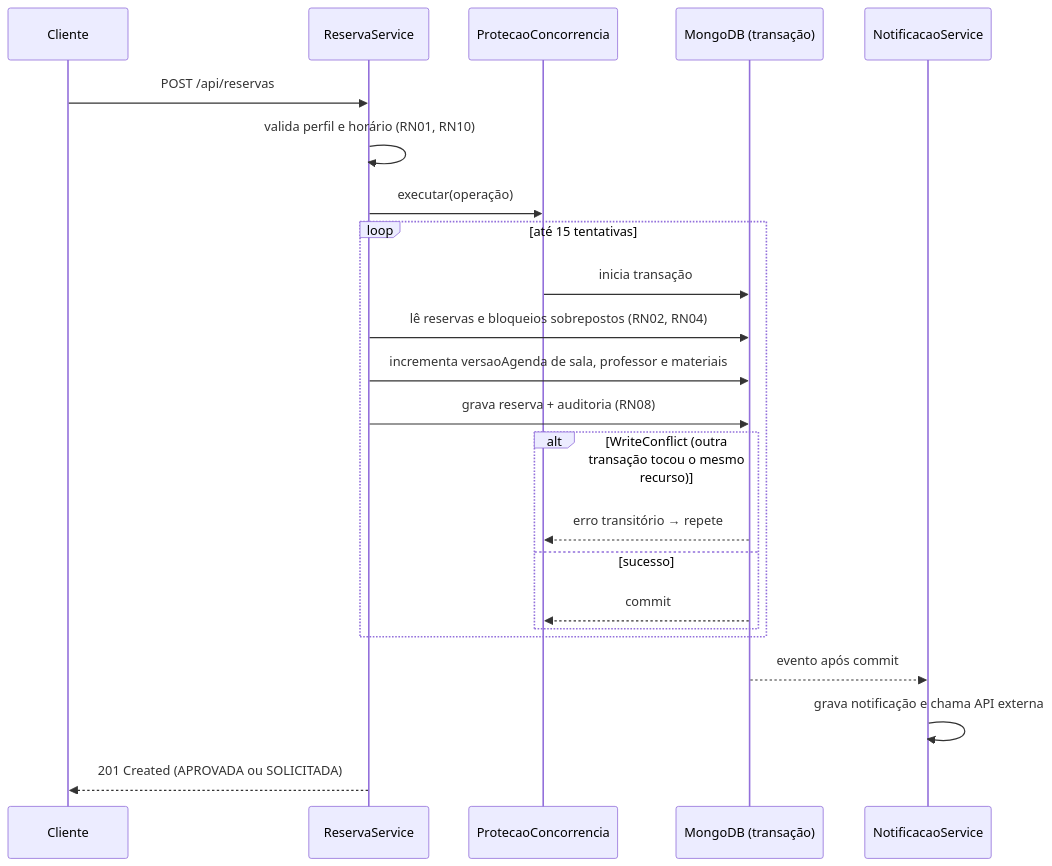
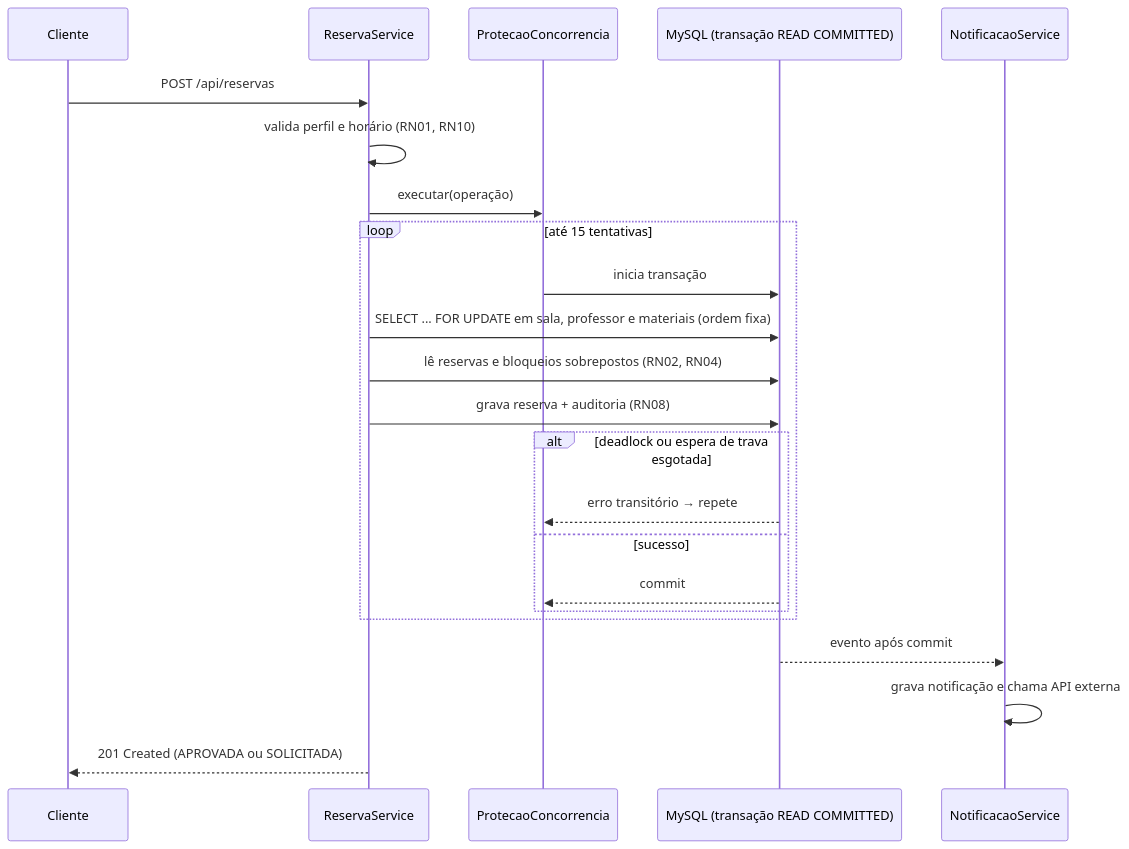
One commit to Guilherme3578/trabalho-qualidade-de-software changed the third of 3 diagrams in docs/02-arquitetura.md. Above: the diagram before and after it, drawn with Mermaid. The commit also changed other lines of this file and 12 other files, not shown here.

````diff
--- a/docs/02-arquitetura.md
+++ b/docs/02-arquitetura.md
@@ -60,25 +161,25 @@
 ```mermaid
 sequenceDiagram
     participant C as Cliente
     participant RS as ReservaService
     participant PC as ProtecaoConcorrencia
-    participant DB as MongoDB (transação)
+    participant DB as MySQL (transação READ COMMITTED)
     participant N as NotificacaoService
     C->>RS: POST /api/reservas
     RS->>RS: valida perfil e horário (RN01, RN10)
     RS->>PC: executar(operação)
     loop até 15 tentativas
         PC->>DB: inicia transação
+        RS->>DB: SELECT ... FOR UPDATE em sala, professor e materiais (ordem fixa)
         RS->>DB: lê reservas e bloqueios sobrepostos (RN02, RN04)
-        RS->>DB: incrementa versaoAgenda de sala, professor e materiais
         RS->>DB: grava reserva + auditoria (RN08)
-        alt WriteConflict (outra transação tocou o mesmo recurso)
+        alt deadlock ou espera de trava esgotada
             DB-->>PC: erro transitório → repete
         else sucesso
             DB-->>PC: commit
         end
     end
     DB-->>N: evento após commit
     N->>N: grava notificação e chama API externa
     RS-->>C: 201 Created (APROVADA ou SOLICITADA)
 ```
````
